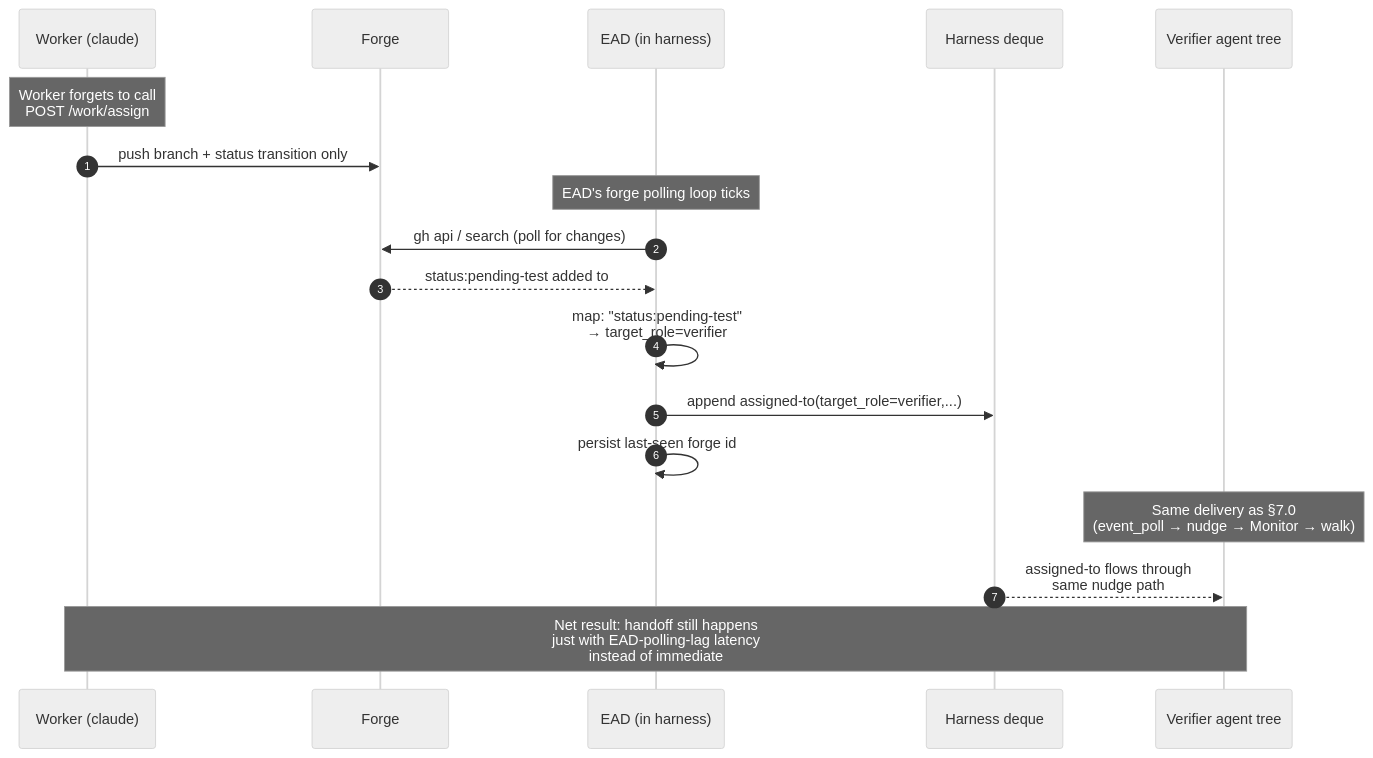
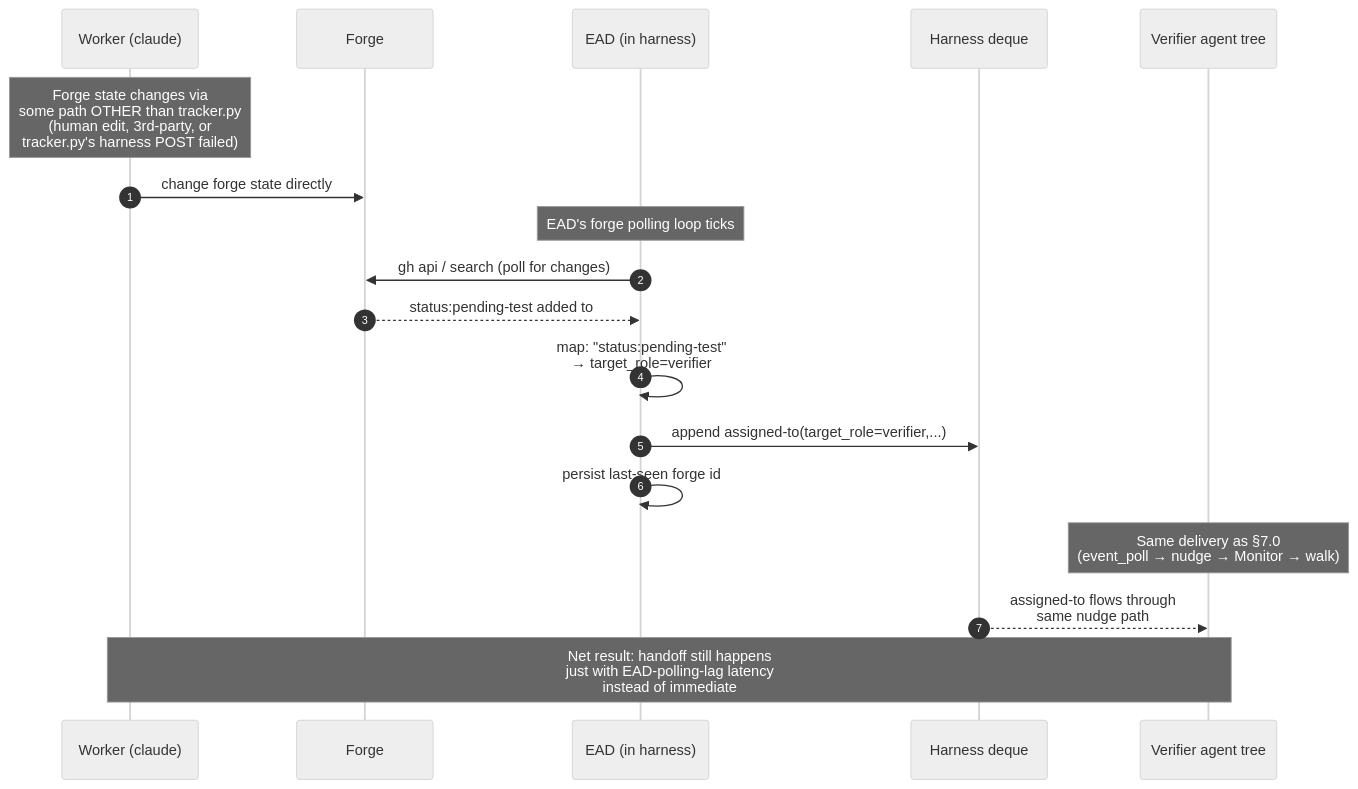
The ninth of 12 diagrams in docs/EVENT-ARCHITECTURE.md (WallyDoodlez/SquidSquad), drawn with Mermaid (neutral theme) before and after one commit. The commit also changed other lines of this file, not shown here.

````diff
--- a/docs/EVENT-ARCHITECTURE.md
+++ b/docs/EVENT-ARCHITECTURE.md
@@ -529,24 +550,24 @@
 ```mermaid
 sequenceDiagram
     autonumber
     participant W as Worker (claude)
     participant F as Forge
     participant EAD as EAD (in harness)
     participant H as Harness deque
     participant V as Verifier agent tree
 
-    Note over W: Worker forgets to call<br/>POST /work/assign
-    W->>F: push branch + status transition only
+    Note over W: Forge state changes via<br/>some path OTHER than tracker.py<br/>(human edit, 3rd-party, or<br/>tracker.py's harness POST failed)
+    W->>F: change forge state directly
 
     Note over EAD: EAD's forge polling loop ticks
     EAD->>F: gh api / search (poll for changes)
     F-->>EAD: status:pending-test added to #9926
     EAD->>EAD: map: "status:pending-test"<br/>→ target_role=verifier
     EAD->>H: append assigned-to(target_role=verifier,...)
     EAD->>EAD: persist last-seen forge id
 
     Note over V: Same delivery as §7.0<br/>(event_poll → nudge → Monitor → walk)
     H-->>V: assigned-to flows through<br/>same nudge path
 
     Note over W,V: Net result: handoff still happens<br/>just with EAD-polling-lag latency<br/>instead of immediate
 ```
````
